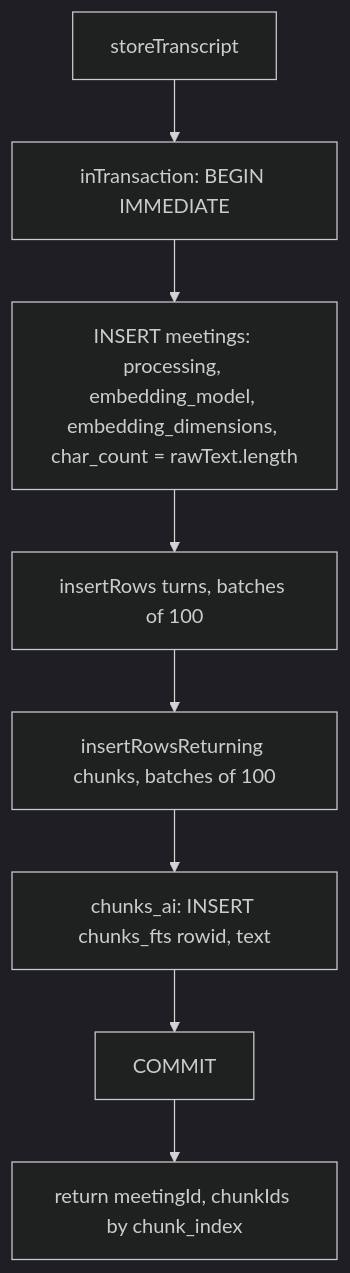
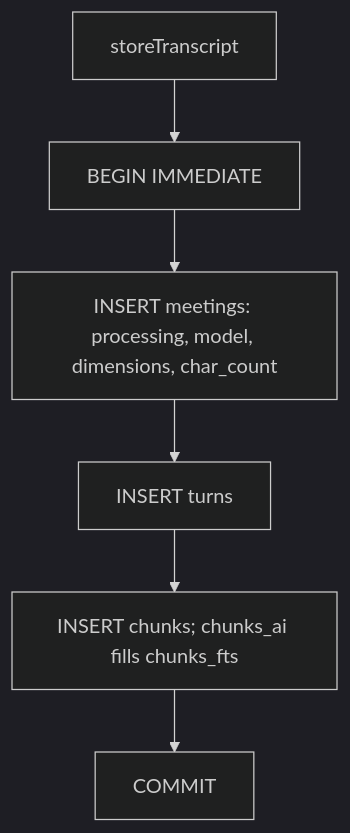
One commit to adamrefaey/meeting-intelligence changed the fourth of 6 diagrams in docs/flows/ingestion.md. Above: the diagram before and after it, drawn with Mermaid (dark theme). The commit also changed other lines of this file and 2 other files, not shown here.

````diff
--- a/docs/flows/ingestion.md
+++ b/docs/flows/ingestion.md
@@ -191,13 +95,11 @@
 ```mermaid
 flowchart TD
   start["storeTranscript"]
-  tx["inTransaction: BEGIN IMMEDIATE"]
-  meeting["INSERT meetings: processing, embedding_model, embedding_dimensions, char_count = rawText.length"]
-  turns["insertRows turns, batches of 100"]
-  chunks["insertRowsReturning chunks, batches of 100"]
-  fts["chunks_ai: INSERT chunks_fts rowid, text"]
+  tx["BEGIN IMMEDIATE"]
+  meeting["INSERT meetings: processing, model, dimensions, char_count"]
+  turns["INSERT turns"]
+  chunks["INSERT chunks; chunks_ai fills chunks_fts"]
   commit["COMMIT"]
-  ids["return meetingId, chunkIds by chunk_index"]
 
-  start --> tx --> meeting --> turns --> chunks --> fts --> commit --> ids
+  start --> tx --> meeting --> turns --> chunks --> commit
 ```
````
